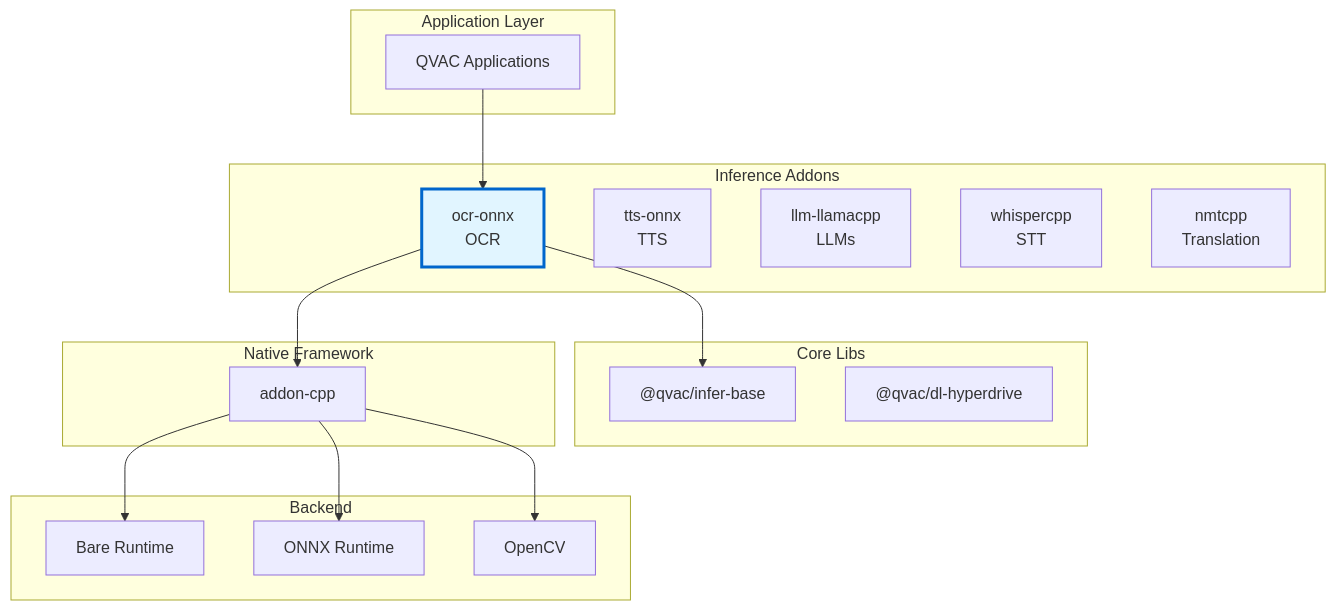
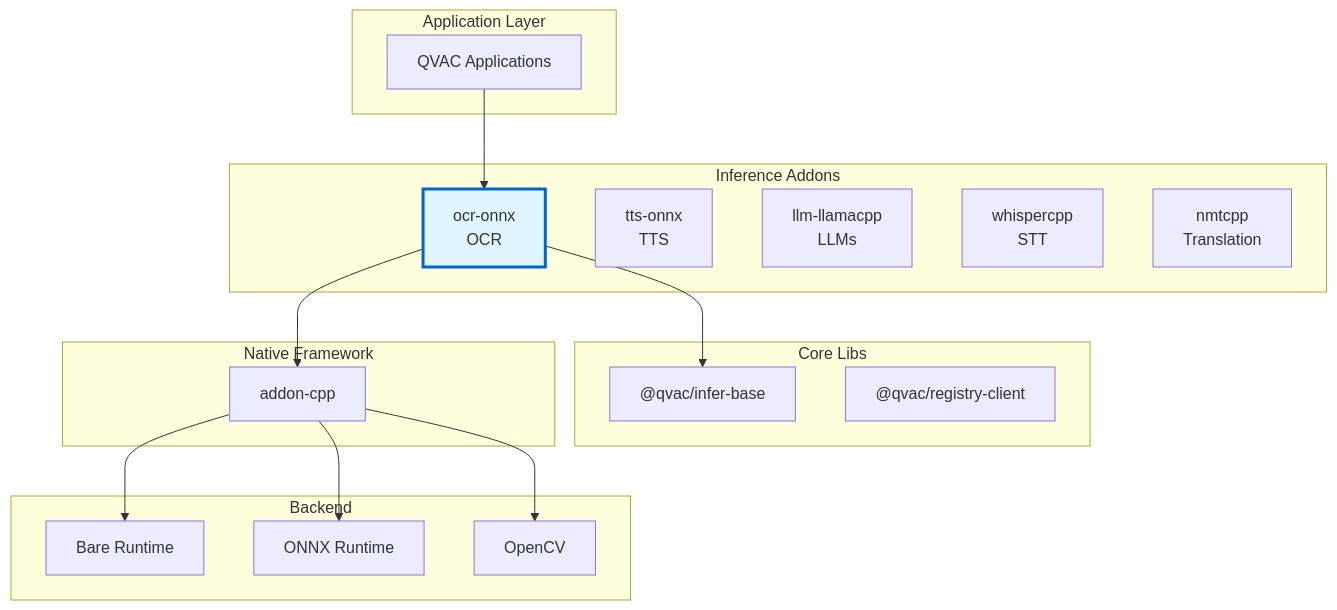
Before and after one commit to tetherto/qvac: the first of 4 diagrams in packages/ocr-onnx/docs/architecture.md, drawn with Mermaid. The commit also changed other lines of this file and 5 other files, not shown here.

````diff
--- a/packages/ocr-onnx/docs/architecture.md
+++ b/packages/ocr-onnx/docs/architecture.md
@@ -82,38 +82,38 @@
 ```mermaid
 graph TB
     subgraph "Application Layer"
         APP[QVAC Applications]
     end
 
     subgraph "Inference Addons"
         OCR["ocr-onnx<br/>OCR"]
         TTS["tts-onnx<br/>TTS"]
         LLM["llm-llamacpp<br/>LLMs"]
         WHISPER["whispercpp<br/>STT"]
         NMT["nmtcpp<br/>Translation"]
     end
 
     subgraph "Core Libs"
         BASE["@qvac/infer-base"]
-        DL["@qvac/dl-hyperdrive"]
+        REG["@qvac/registry-client"]
     end
 
     subgraph "Native Framework"
         ADDON[addon-cpp]
     end
 
     subgraph "Backend"
         BARE[Bare Runtime]
         ONNX[ONNX Runtime]
         OCV[OpenCV]
     end
 
     APP --> OCR
     OCR --> BASE
     OCR --> ADDON
     ADDON --> BARE
     ADDON --> ONNX
     ADDON --> OCV
 
     style OCR fill:#e1f5ff,stroke:#0066cc,stroke-width:3px
 ```
````
